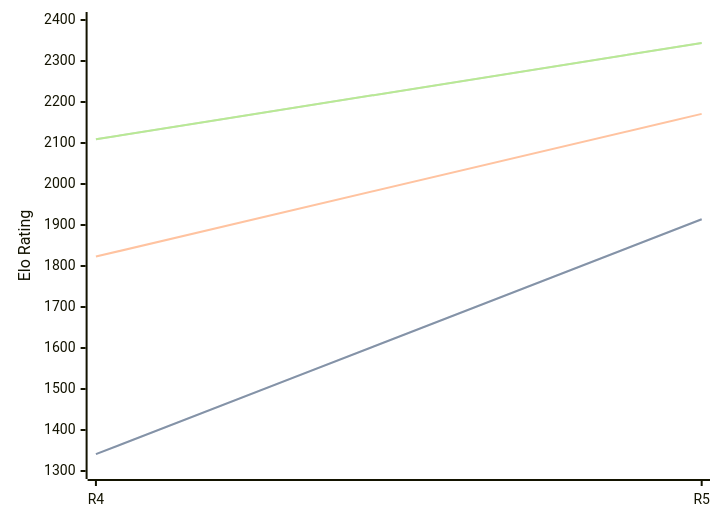
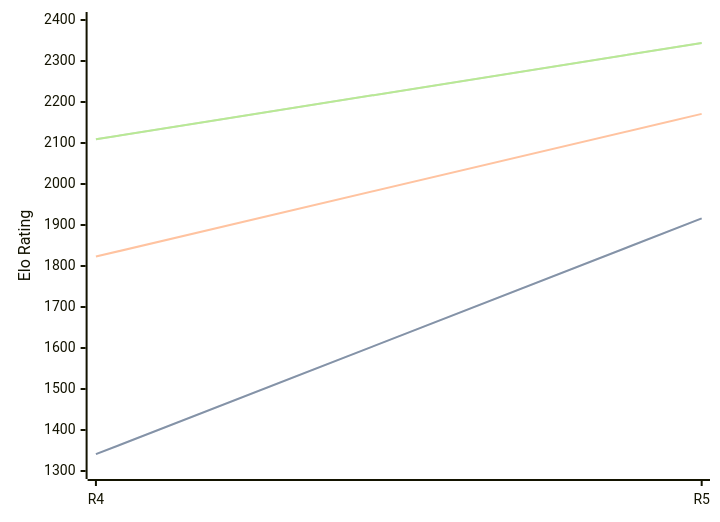
The third of 3 diagrams in engines/Viking.md (computer-chess-index/cci), drawn with Mermaid before and after one commit. The commit also changed other lines of this file, not shown here.

````diff
--- a/engines/Viking.md
+++ b/engines/Viking.md
@@ -68,11 +68,11 @@
 ```mermaid
 %%{init: {"theme":"base","themeVariables":{"seriesColors:['#a3a3a3','#222221','#faa371']}}}%%
 xychart-beta
   x-axis ["R4", "R5"]
   y-axis "Elo Rating" 1300 --> 2400
-  line "STC (8.0+0.08s)" [1341, 1914]
-  line "STC (8.0+0.08s)" [1341, 1914]
+  line "STC (8.0+0.08s)" [1341, 1916]
+  line "STC (8.0+0.08s)" [1341, 1916]
   line "LTC (60.0+0.60s)" [1823, 2171]
   line "VLTC (2m24s+1.12s)" [2109, 2344]
   line "VLTC (2m24s+1.12s)" [2109, 2344]
 ```
````
